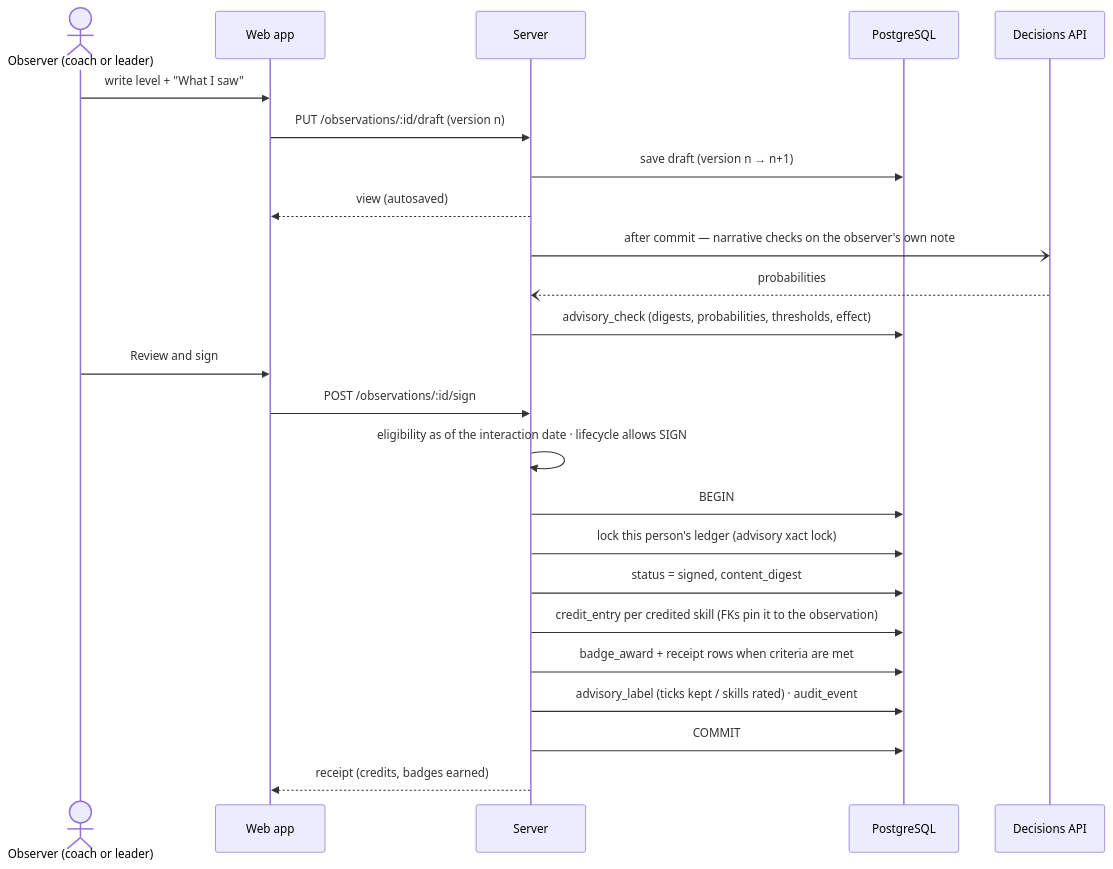
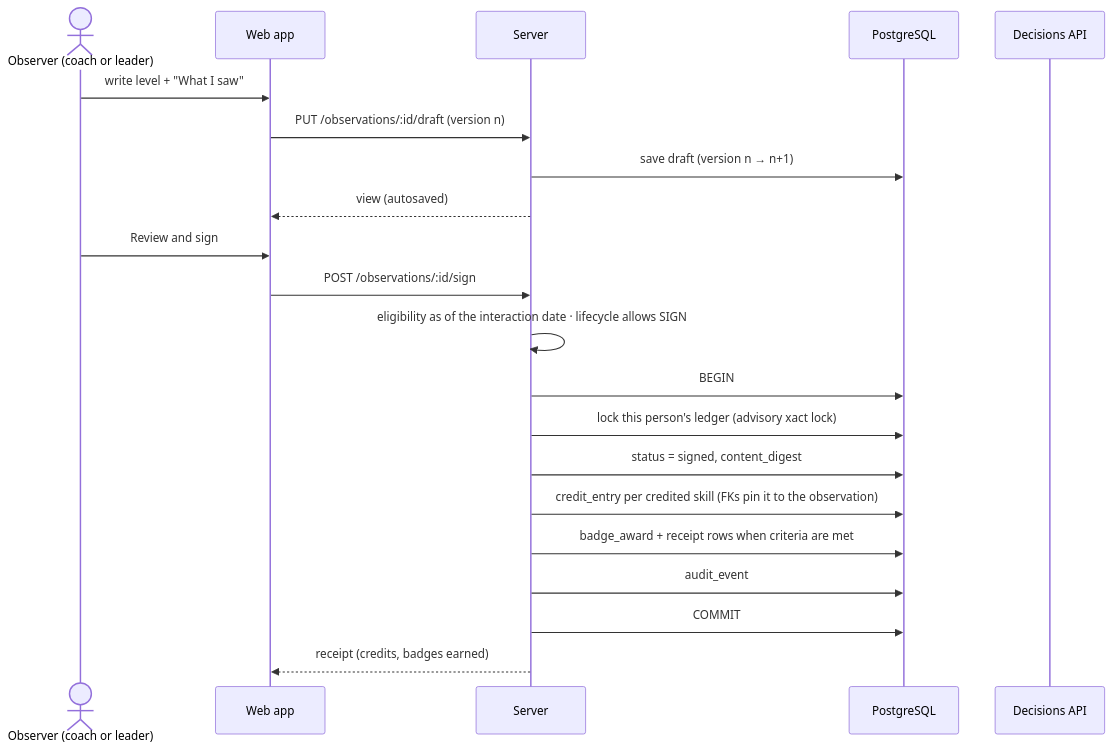
The fifth of 9 diagrams in docs/architecture/overview.md (brandonbryant12/project-x), drawn with Mermaid before and after one commit. The commit also changed other lines of this file and 54 other files, not shown here.

````diff
--- a/docs/architecture/overview.md
+++ b/docs/architecture/overview.md
@@ -95,26 +93,23 @@
 ```mermaid
 sequenceDiagram
   actor O as Observer (coach or leader)
   participant W as Web app
   participant S as Server
   participant DB as PostgreSQL
   participant AI as Decisions API
   O->>W: write level + "What I saw"
   W->>S: PUT /observations/:id/draft (version n)
   S->>DB: save draft (version n → n+1)
   S-->>W: view (autosaved)
-  S-)AI: after commit — narrative checks on the observer's own note
-  AI--)S: probabilities
-  S->>DB: advisory_check (digests, probabilities, thresholds, effect)
   O->>W: Review and sign
   W->>S: POST /observations/:id/sign
   S->>S: eligibility as of the interaction date · lifecycle allows SIGN
   S->>DB: BEGIN
   S->>DB: lock this person's ledger (advisory xact lock)
   S->>DB: status = signed, content_digest
   S->>DB: credit_entry per credited skill (FKs pin it to the observation)
   S->>DB: badge_award + receipt rows when criteria are met
-  S->>DB: advisory_label (ticks kept / skills rated) · audit_event
+  S->>DB: audit_event
   S->>DB: COMMIT
   S-->>W: receipt (credits, badges earned)
 ```
````
